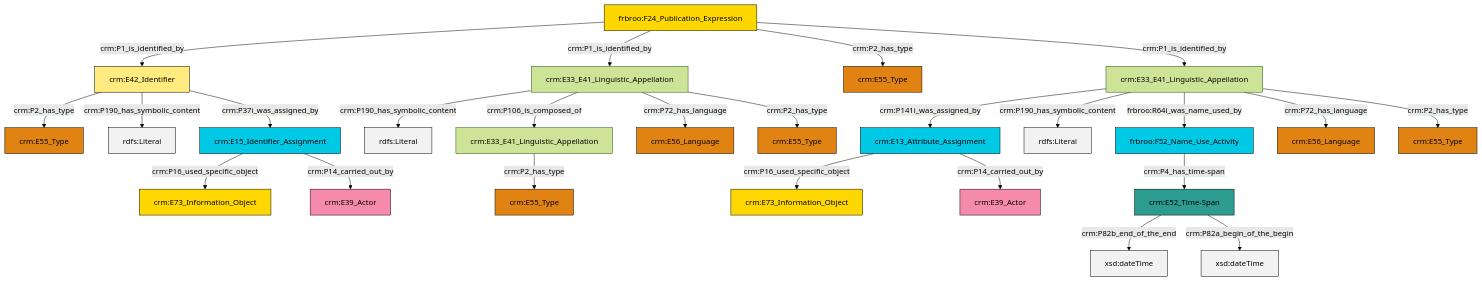
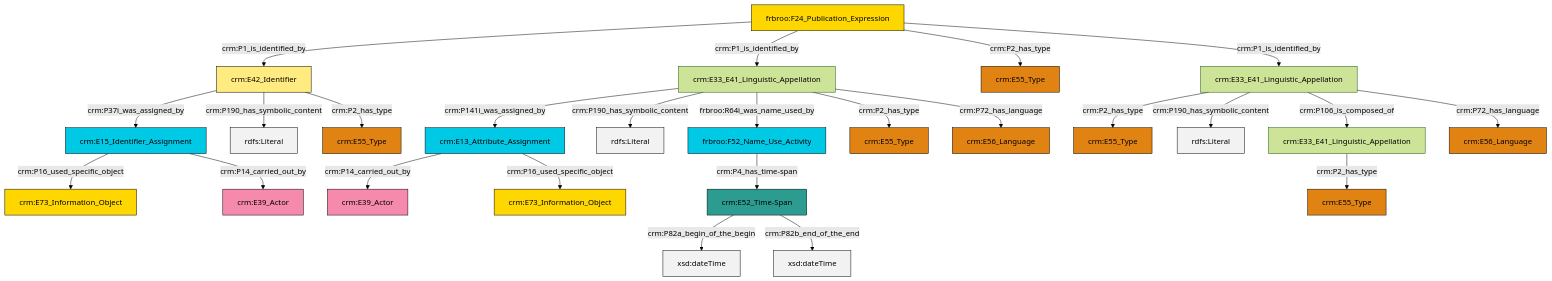
One commit to swiss-art-research-net/reference-data-models changed the diagram in et/biblioCSV/ttl/mmd/biblio_name.ttl.mmd. Above: the diagram before and after it, drawn with Mermaid (forest theme). The commit also changed 127 other files, not shown here.

```diff
--- a/et/biblioCSV/ttl/mmd/biblio_name.ttl.mmd
+++ b/et/biblioCSV/ttl/mmd/biblio_name.ttl.mmd
@@ -1,39 +1,39 @@
 graph TD
 classDef Literal fill:#f2f2f2,stroke:#000000;
 classDef CRM_Entity fill:#FFFFFF,stroke:#000000;
 classDef Temporal_Entity fill:#00C9E6, stroke:#000000;
 classDef Type fill:#E18312, stroke:#000000;
 classDef Time-Span fill:#2C9C91, stroke:#000000;
 classDef Appellation fill:#FFEB7F, stroke:#000000;
 classDef Place fill:#008836, stroke:#000000;
 classDef Persistent_Item fill:#B266B2, stroke:#000000;
 classDef Conceptual_Object fill:#FFD700, stroke:#000000;
 classDef Physical_Thing fill:#D2B48C, stroke:#000000;
 classDef Actor fill:#f58aad, stroke:#000000;
 classDef PC_Classes fill:#4ce600, stroke:#000000;
 classDef Multi fill:#cccccc,stroke:#000000;
 
 0["crm:E33_E41_Linguistic_Appellation"]:::Default -->|crm:P141i_was_assigned_by| 1["crm:E13_Attribute_Assignment"]:::Temporal_Entity
-3["crm:E52_Time-Span"]:::Time-Span -->|crm:P82b_end_of_the_end| 4[xsd:dateTime]:::Literal
-0["crm:E33_E41_Linguistic_Appellation"]:::Default -->|crm:P190_has_symbolic_content| 5[rdfs:Literal]:::Literal
-6["crm:E15_Identifier_Assignment"]:::Temporal_Entity -->|crm:P16_used_specific_object| 7["crm:E73_Information_Object"]:::Conceptual_Object
-0["crm:E33_E41_Linguistic_Appellation"]:::Default -->|frbroo:R64i_was_name_used_by| 10["frbroo:F52_Name_Use_Activity"]:::Temporal_Entity
-11["crm:E42_Identifier"]:::Appellation -->|crm:P2_has_type| 12["crm:E55_Type"]:::Type
-19["frbroo:F24_Publication_Expression"]:::Conceptual_Object -->|crm:P1_is_identified_by| 11["crm:E42_Identifier"]:::Appellation
-6["crm:E15_Identifier_Assignment"]:::Temporal_Entity -->|crm:P14_carried_out_by| 21["crm:E39_Actor"]:::Actor
-0["crm:E33_E41_Linguistic_Appellation"]:::Default -->|crm:P72_has_language| 25["crm:E56_Language"]:::Type
-30["crm:E33_E41_Linguistic_Appellation"]:::Default -->|crm:P190_has_symbolic_content| 31[rdfs:Literal]:::Literal
-3["crm:E52_Time-Span"]:::Time-Span -->|crm:P82a_begin_of_the_begin| 32[xsd:dateTime]:::Literal
-19["frbroo:F24_Publication_Expression"]:::Conceptual_Object -->|crm:P1_is_identified_by| 30["crm:E33_E41_Linguistic_Appellation"]:::Default
-11["crm:E42_Identifier"]:::Appellation -->|crm:P190_has_symbolic_content| 34[rdfs:Literal]:::Literal
-30["crm:E33_E41_Linguistic_Appellation"]:::Default -->|crm:P106_is_composed_of| 15["crm:E33_E41_Linguistic_Appellation"]:::Default
-10["frbroo:F52_Name_Use_Activity"]:::Temporal_Entity -->|crm:P4_has_time-span| 3["crm:E52_Time-Span"]:::Time-Span
-19["frbroo:F24_Publication_Expression"]:::Conceptual_Object -->|crm:P2_has_type| 28["crm:E55_Type"]:::Type
-19["frbroo:F24_Publication_Expression"]:::Conceptual_Object -->|crm:P1_is_identified_by| 0["crm:E33_E41_Linguistic_Appellation"]:::Default
-30["crm:E33_E41_Linguistic_Appellation"]:::Default -->|crm:P72_has_language| 36["crm:E56_Language"]:::Type
-1["crm:E13_Attribute_Assignment"]:::Temporal_Entity -->|crm:P16_used_specific_object| 17["crm:E73_Information_Object"]:::Conceptual_Object
-0["crm:E33_E41_Linguistic_Appellation"]:::Default -->|crm:P2_has_type| 38["crm:E55_Type"]:::Type
-15["crm:E33_E41_Linguistic_Appellation"]:::Default -->|crm:P2_has_type| 26["crm:E55_Type"]:::Type
-30["crm:E33_E41_Linguistic_Appellation"]:::Default -->|crm:P2_has_type| 8["crm:E55_Type"]:::Type
-11["crm:E42_Identifier"]:::Appellation -->|crm:P37i_was_assigned_by| 6["crm:E15_Identifier_Assignment"]:::Temporal_Entity
-1["crm:E13_Attribute_Assignment"]:::Temporal_Entity -->|crm:P14_carried_out_by| 41["crm:E39_Actor"]:::Actor
+0["crm:E33_E41_Linguistic_Appellation"]:::Default -->|crm:P190_has_symbolic_content| 10[rdfs:Literal]:::Literal
+11["frbroo:F24_Publication_Expression"]:::Conceptual_Object -->|crm:P1_is_identified_by| 12["crm:E42_Identifier"]:::Appellation
+11["frbroo:F24_Publication_Expression"]:::Conceptual_Object -->|crm:P1_is_identified_by| 0["crm:E33_E41_Linguistic_Appellation"]:::Default
+12["crm:E42_Identifier"]:::Appellation -->|crm:P37i_was_assigned_by| 17["crm:E15_Identifier_Assignment"]:::Temporal_Entity
+11["frbroo:F24_Publication_Expression"]:::Conceptual_Object -->|crm:P2_has_type| 13["crm:E55_Type"]:::Type
+4["frbroo:F52_Name_Use_Activity"]:::Temporal_Entity -->|crm:P4_has_time-span| 19["crm:E52_Time-Span"]:::Time-Span
+17["crm:E15_Identifier_Assignment"]:::Temporal_Entity -->|crm:P16_used_specific_object| 21["crm:E73_Information_Object"]:::Conceptual_Object
+6["crm:E33_E41_Linguistic_Appellation"]:::Default -->|crm:P2_has_type| 24["crm:E55_Type"]:::Type
+1["crm:E13_Attribute_Assignment"]:::Temporal_Entity -->|crm:P14_carried_out_by| 15["crm:E39_Actor"]:::Actor
+22["crm:E33_E41_Linguistic_Appellation"]:::Default -->|crm:P2_has_type| 25["crm:E55_Type"]:::Type
+19["crm:E52_Time-Span"]:::Time-Span -->|crm:P82a_begin_of_the_begin| 31[xsd:dateTime]:::Literal
+11["frbroo:F24_Publication_Expression"]:::Conceptual_Object -->|crm:P1_is_identified_by| 22["crm:E33_E41_Linguistic_Appellation"]:::Default
+17["crm:E15_Identifier_Assignment"]:::Temporal_Entity -->|crm:P14_carried_out_by| 32["crm:E39_Actor"]:::Actor
+22["crm:E33_E41_Linguistic_Appellation"]:::Default -->|crm:P190_has_symbolic_content| 37[rdfs:Literal]:::Literal
+0["crm:E33_E41_Linguistic_Appellation"]:::Default -->|frbroo:R64i_was_name_used_by| 4["frbroo:F52_Name_Use_Activity"]:::Temporal_Entity
+0["crm:E33_E41_Linguistic_Appellation"]:::Default -->|crm:P2_has_type| 2["crm:E55_Type"]:::Type
+22["crm:E33_E41_Linguistic_Appellation"]:::Default -->|crm:P106_is_composed_of| 6["crm:E33_E41_Linguistic_Appellation"]:::Default
+0["crm:E33_E41_Linguistic_Appellation"]:::Default -->|crm:P72_has_language| 29["crm:E56_Language"]:::Type
+22["crm:E33_E41_Linguistic_Appellation"]:::Default -->|crm:P72_has_language| 8["crm:E56_Language"]:::Type
+12["crm:E42_Identifier"]:::Appellation -->|crm:P190_has_symbolic_content| 41[rdfs:Literal]:::Literal
+19["crm:E52_Time-Span"]:::Time-Span -->|crm:P82b_end_of_the_end| 42[xsd:dateTime]:::Literal
+1["crm:E13_Attribute_Assignment"]:::Temporal_Entity -->|crm:P16_used_specific_object| 43["crm:E73_Information_Object"]:::Conceptual_Object
+12["crm:E42_Identifier"]:::Appellation -->|crm:P2_has_type| 39["crm:E55_Type"]:::Type
```
